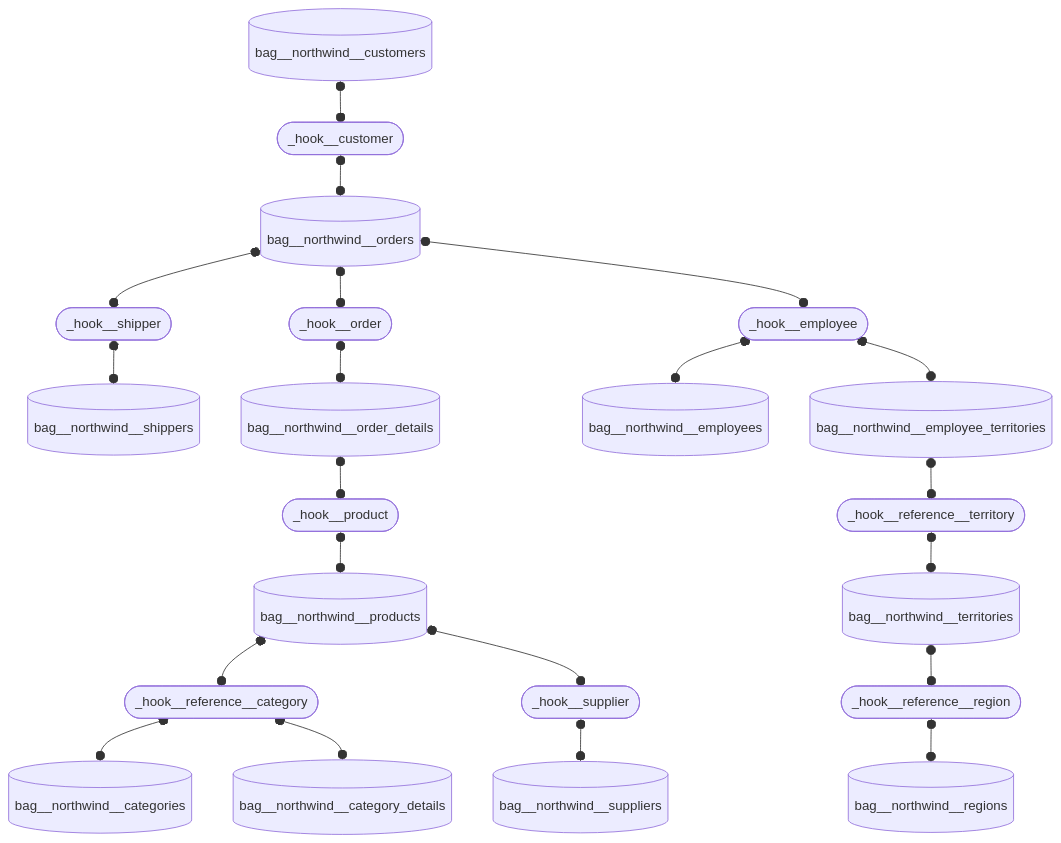
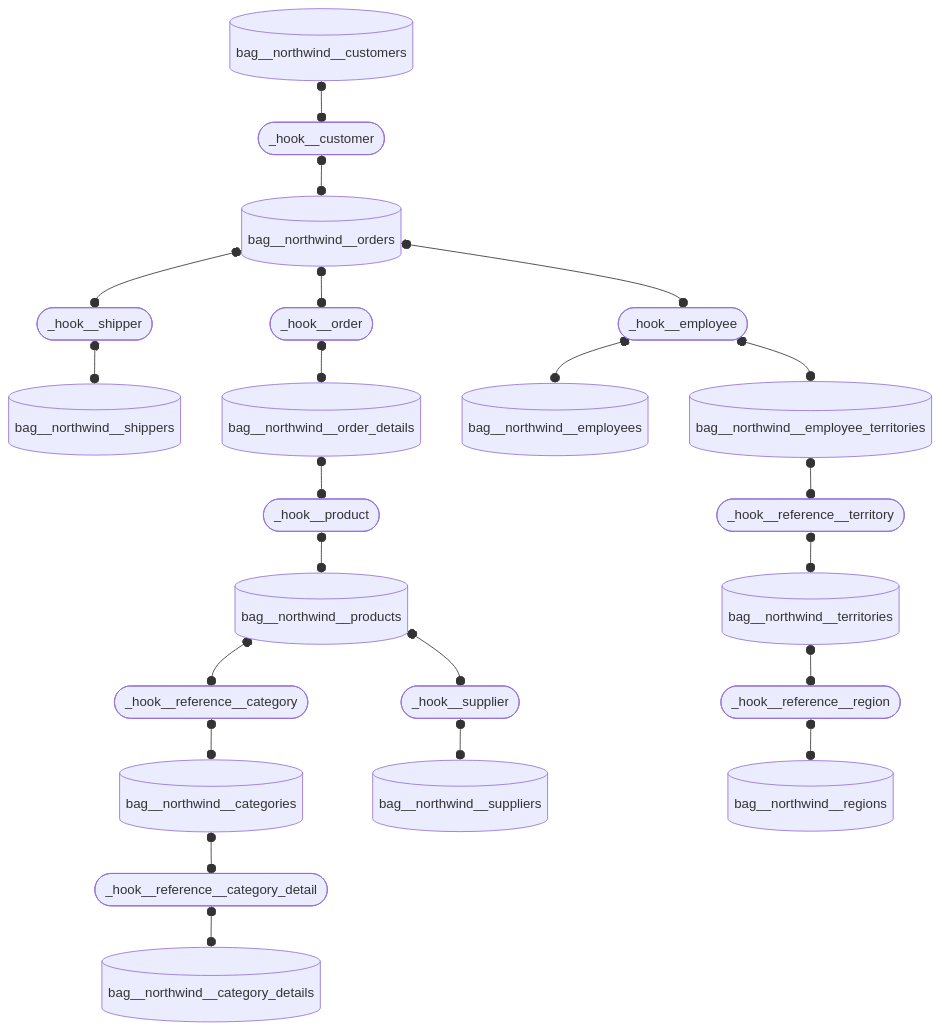
Before and after one commit to mattiasthalen/obsidian-insights: the third of 4 diagrams in README.md, drawn with Mermaid.

Commit message:
Update silver ERD

````diff
--- a/README.md
+++ b/README.md
@@ -78,50 +78,51 @@
 ```mermaid
 flowchart TD
         _hook__reference__category(["_hook__reference__category"])
+        _hook__reference__category_detail(["_hook__reference__category_detail"])
         _hook__reference__region(["_hook__reference__region"])
         _hook__reference__territory(["_hook__reference__territory"])
         _hook__customer(["_hook__customer"])
         _hook__employee(["_hook__employee"])
         _hook__order(["_hook__order"])
         _hook__product(["_hook__product"])
         _hook__shipper(["_hook__shipper"])
         _hook__supplier(["_hook__supplier"])
  
         bag__northwind__categories[("bag__northwind__categories")]
         bag__northwind__category_details[("bag__northwind__category_details")]
         bag__northwind__customers[("bag__northwind__customers")]
         bag__northwind__employees[("bag__northwind__employees")]
         bag__northwind__employee_territories[("bag__northwind__employee_territories")]
         bag__northwind__orders[("bag__northwind__orders")]
         bag__northwind__order_details[("bag__northwind__order_details")]
         bag__northwind__products[("bag__northwind__products")]
         bag__northwind__regions[("bag__northwind__regions")]
         bag__northwind__shippers[("bag__northwind__shippers")]
         bag__northwind__suppliers[("bag__northwind__suppliers")]
         bag__northwind__territories[("bag__northwind__territories")]
 
     _hook__reference__category o--o bag__northwind__categories
-    _hook__reference__category  o--o bag__northwind__category_details
+    bag__northwind__categories o--o _hook__reference__category_detail
+    _hook__reference__category_detail o--o bag__northwind__category_details
     bag__northwind__products o--o _hook__reference__category
 
     bag__northwind__customers o--o _hook__customer
     _hook__customer  o--o bag__northwind__orders
     _hook__employee  o--o bag__northwind__employees
 
     
     bag__northwind__orders  o--o _hook__shipper
     _hook__employee  o--o bag__northwind__employee_territories
     bag__northwind__orders o--o _hook__order
     _hook__order  o--o bag__northwind__order_details
     _hook__product  o--o bag__northwind__products
     bag__northwind__order_details  o--o _hook__product
     _hook__reference__region  o--o bag__northwind__regions
     bag__northwind__territories  o--o _hook__reference__region
     _hook__shipper  o--o bag__northwind__shippers
     bag__northwind__orders  o--o _hook__employee
     _hook__supplier  o--o bag__northwind__suppliers
     bag__northwind__products  o--o _hook__supplier
     _hook__reference__territory  o--o bag__northwind__territories
     bag__northwind__employee_territories  o--o _hook__reference__territory
-
 ```
````
